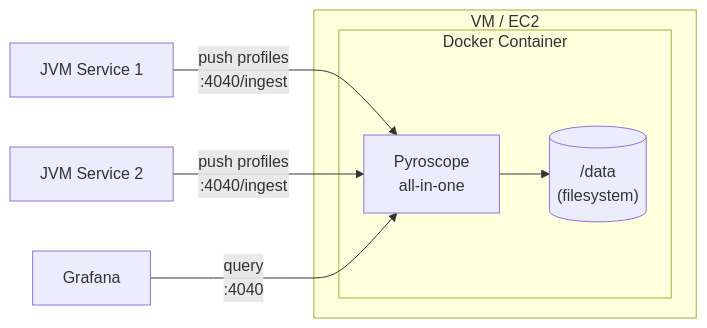
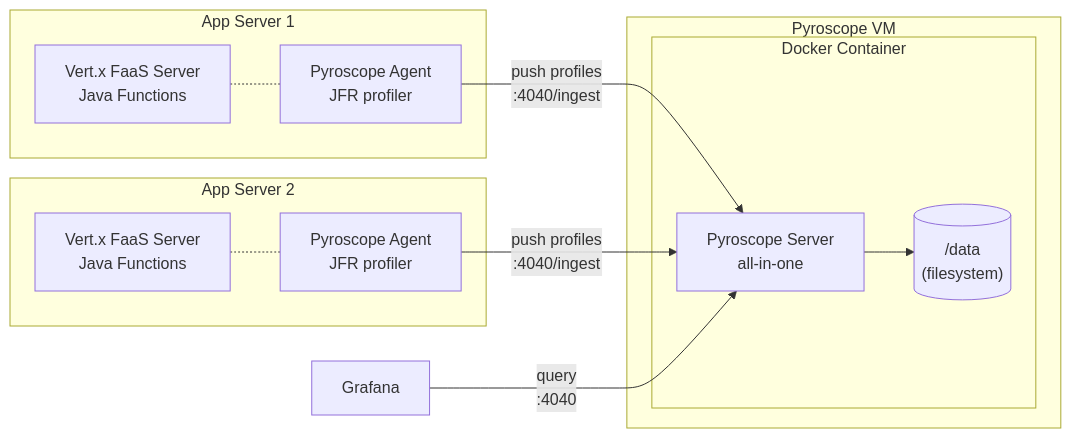
The diagram in deploy/monolithic/README.md (aff0gat000/pyroscope), drawn with Mermaid before and after one commit. The commit also changed other lines of this file and 2 other files, not shown here.

Commit message:
Update architecture diagrams to show Vert.x FaaS Server with Pyroscope agent
Replace generic JVM Service labels with Vert.x FaaS Server and
Pyroscope Agent as co-located in-process components. Diagrams now
show the agent attached via -javaagent inside each JVM, pushing
profiles every 10s to the Pyroscope server.

````diff
--- a/deploy/monolithic/README.md
+++ b/deploy/monolithic/README.md
@@ -7,14 +7,26 @@
 ```mermaid
 graph LR
-    subgraph VM / EC2
+    subgraph Pyroscope VM
         subgraph Docker Container
-            P[Pyroscope<br/>all-in-one]
+            P[Pyroscope Server<br/>all-in-one]
             FS[("/data<br/>(filesystem)")]
             P --> FS
         end
     end
 
-    JVM1[JVM Service 1] -->|push profiles<br/>:4040/ingest| P
-    JVM2[JVM Service 2] -->|push profiles<br/>:4040/ingest| P
+    subgraph App Server 1
+        V1[Vert.x FaaS Server<br/>Java Functions]
+        A1[Pyroscope Agent<br/>JFR profiler]
+        V1 -.- A1
+    end
+
+    subgraph App Server 2
+        V2[Vert.x FaaS Server<br/>Java Functions]
+        A2[Pyroscope Agent<br/>JFR profiler]
+        V2 -.- A2
+    end
+
+    A1 -->|push profiles<br/>:4040/ingest| P
+    A2 -->|push profiles<br/>:4040/ingest| P
     G[Grafana] -->|query<br/>:4040| P
 ```
````
